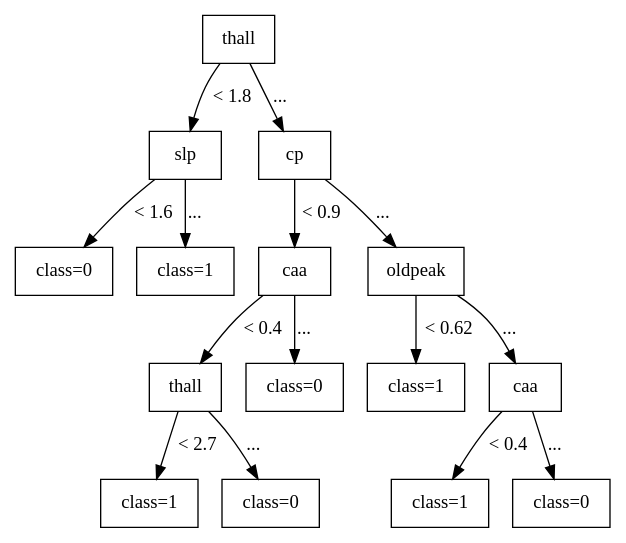
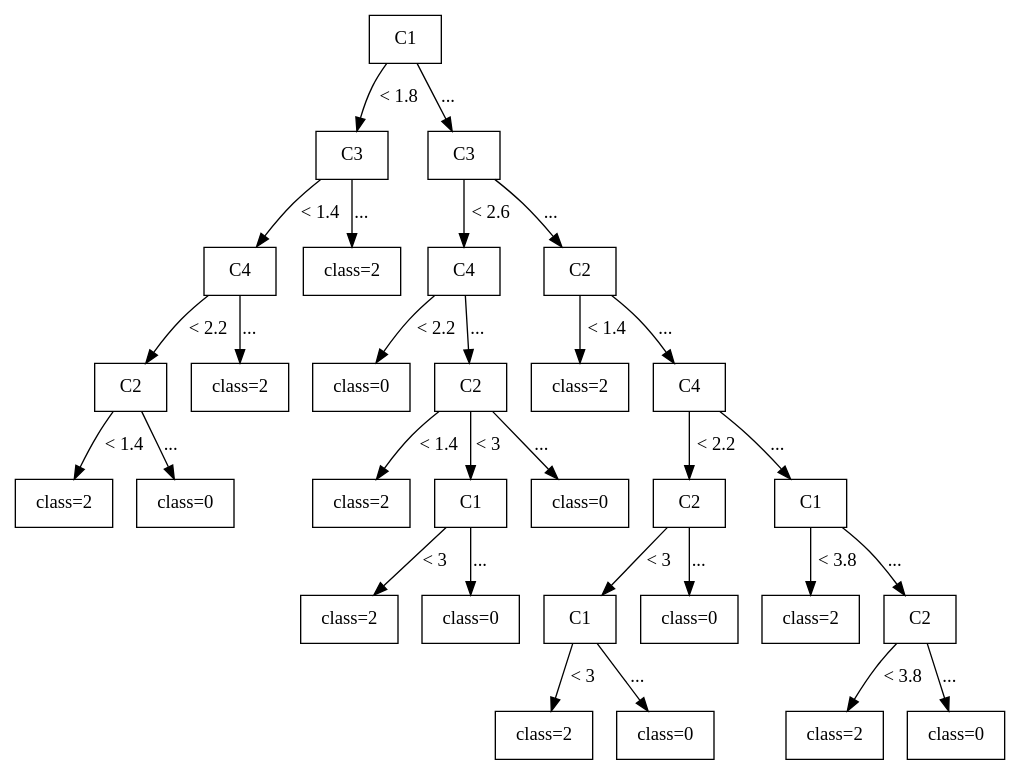
Before and after one commit to TakuyaMitarai/NSSESAT_Visualizer: the diagram in NSSESAT_backend/new_tree.dot, drawn with Graphviz. The commit also changed 19 other files, not shown here.

```diff
--- a/NSSESAT_backend/new_tree.dot
+++ b/NSSESAT_backend/new_tree.dot
@@ -1,43 +1,77 @@
 digraph G {
 node [shape=box];
 node [style=filled, fillcolor=white];
 
-0 [label="thall"];
+0 [label="C1"];
 
-1 [label="slp"];
-4 [label="cp"];
+1 [label="C3"];
+8 [label="C3"];
 
 0 -> 1 [label="< 1.8"];
-0 -> 4 [label="..."];
+0 -> 8 [label="..."];
 
-2 [label="class=0"];
-3 [label="class=1"];
-5 [label="caa"];
-10 [label="oldpeak"];
+2 [label="C4"];
+7 [label="class=2"];
+9 [label="C4"];
+17 [label="C2"];
 
-1 -> 2 [label="< 1.6"];
-1 -> 3 [label="..."];
-4 -> 5 [label="< 0.9"];
-4 -> 10 [label="..."];
+1 -> 2 [label="< 1.4"];
+1 -> 7 [label="..."];
+8 -> 9 [label="< 2.6"];
+8 -> 17 [label="..."];
 
-6 [label="thall"];
-9 [label="class=0"];
-11 [label="class=1"];
-12 [label="caa"];
+3 [label="C2"];
+6 [label="class=2"];
+10 [label="class=0"];
+11 [label="C2"];
+18 [label="class=2"];
+19 [label="C4"];
 
-5 -> 6 [label="< 0.4"];
-5 -> 9 [label="..."];
-10 -> 11 [label="< 0.62"];
-10 -> 12 [label="..."];
+2 -> 3 [label="< 2.2"];
+2 -> 6 [label="..."];
+9 -> 10 [label="< 2.2"];
+9 -> 11 [label="..."];
+17 -> 18 [label="< 1.4"];
+17 -> 19 [label="..."];
 
-7 [label="class=1"];
-8 [label="class=0"];
-13 [label="class=1"];
-14 [label="class=0"];
+4 [label="class=2"];
+5 [label="class=0"];
+12 [label="class=2"];
+13 [label="C1"];
+16 [label="class=0"];
+20 [label="C2"];
+25 [label="C1"];
 
-6 -> 7 [label="< 2.7"];
-6 -> 8 [label="..."];
-12 -> 13 [label="< 0.4"];
-12 -> 14 [label="..."];
+3 -> 4 [label="< 1.4"];
+3 -> 5 [label="..."];
+11 -> 12 [label="< 1.4"];
+11 -> 13 [label="< 3"];
+11 -> 16 [label="..."];
+19 -> 20 [label="< 2.2"];
+19 -> 25 [label="..."];
+
+14 [label="class=2"];
+15 [label="class=0"];
+21 [label="C1"];
+24 [label="class=0"];
+26 [label="class=2"];
+27 [label="C2"];
+
+13 -> 14 [label="< 3"];
+13 -> 15 [label="..."];
+20 -> 21 [label="< 3"];
+20 -> 24 [label="..."];
+25 -> 26 [label="< 3.8"];
+25 -> 27 [label="..."];
+
+22 [label="class=2"];
+23 [label="class=0"];
+28 [label="class=2"];
+29 [label="class=0"];
+
+21 -> 22 [label="< 3"];
+21 -> 23 [label="..."];
+27 -> 28 [label="< 3.8"];
+27 -> 29 [label="..."];
 
 }
```
